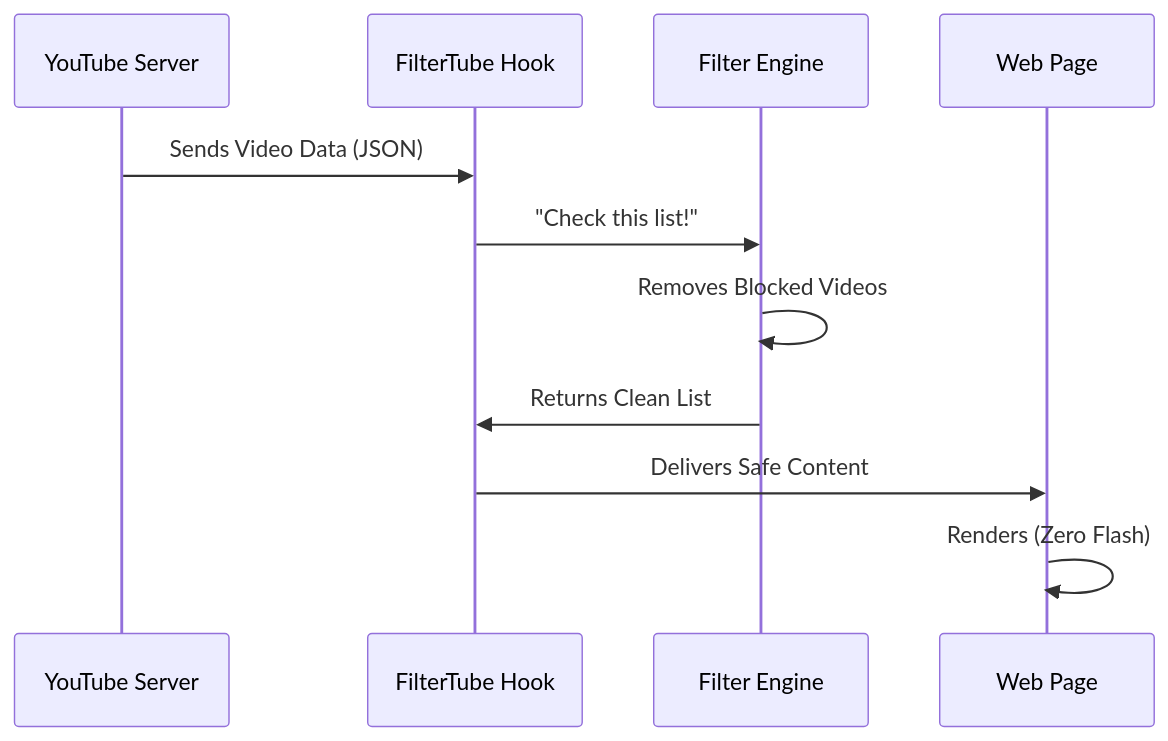
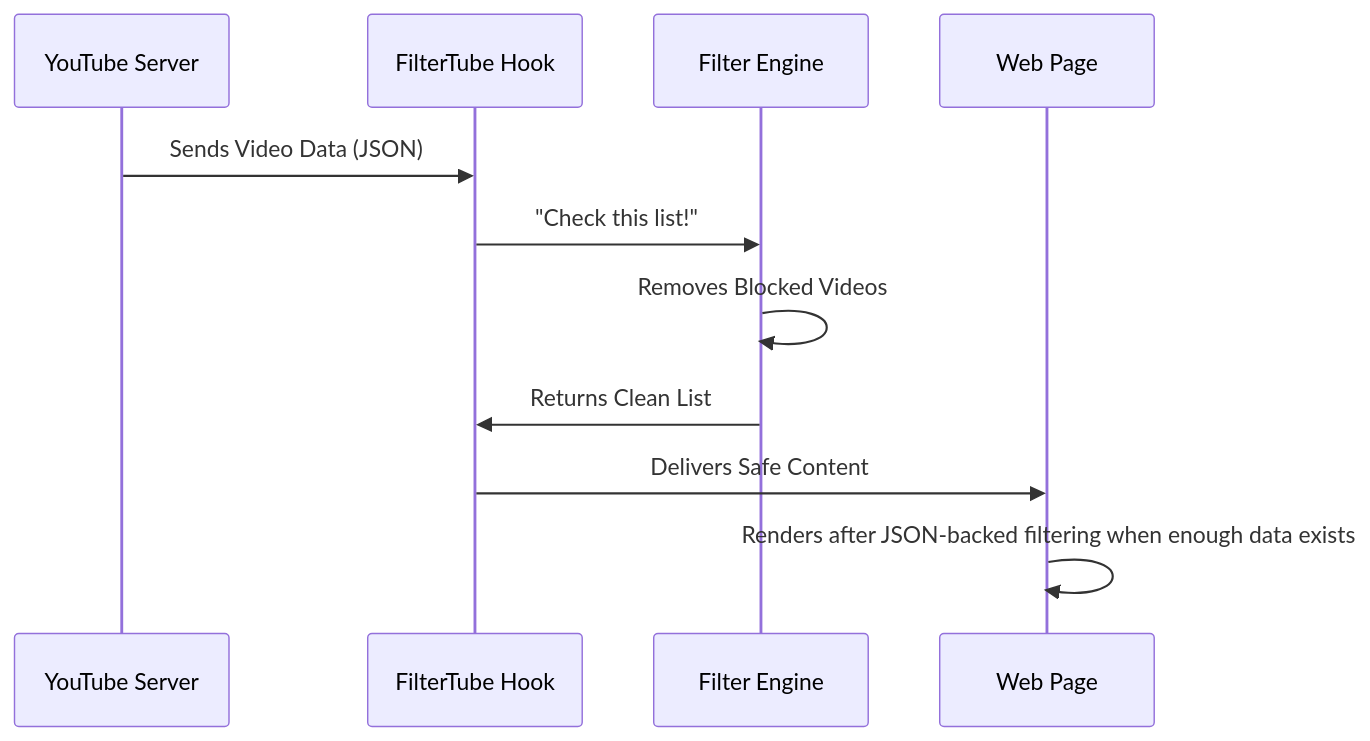
The fifth of 11 diagrams in docs/TECHNICAL.md (varshneydevansh/FilterTube), drawn with Mermaid before and after one commit. The commit also changed other lines of this file and 1145 other files, not shown here.

````diff
--- a/docs/TECHNICAL.md
+++ b/docs/TECHNICAL.md
@@ -1295,14 +1307,14 @@
 ```mermaid
 sequenceDiagram
     participant YT as YouTube Server
     participant Hook as FilterTube Hook
     participant Engine as Filter Engine
     participant Page as Web Page
 
     YT->>Hook: Sends Video Data (JSON)
     Hook->>Engine: "Check this list!"
     Engine->>Engine: Removes Blocked Videos
     Engine->>Hook: Returns Clean List
     Hook->>Page: Delivers Safe Content
-    Page->>Page: Renders (Zero Flash)
+    Page->>Page: Renders after JSON-backed filtering when enough data exists
 ```
````
